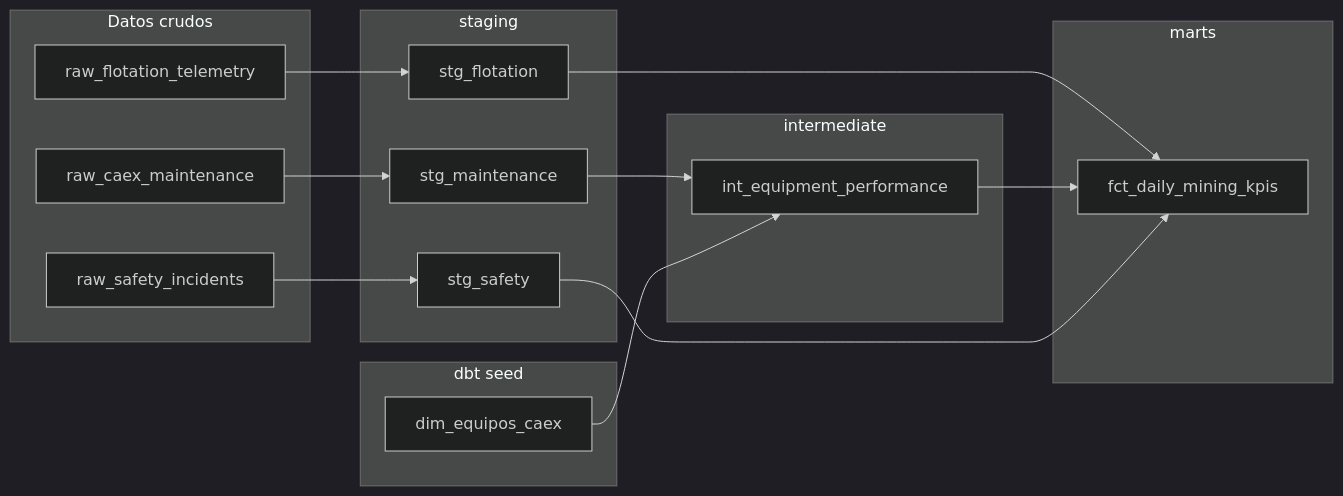
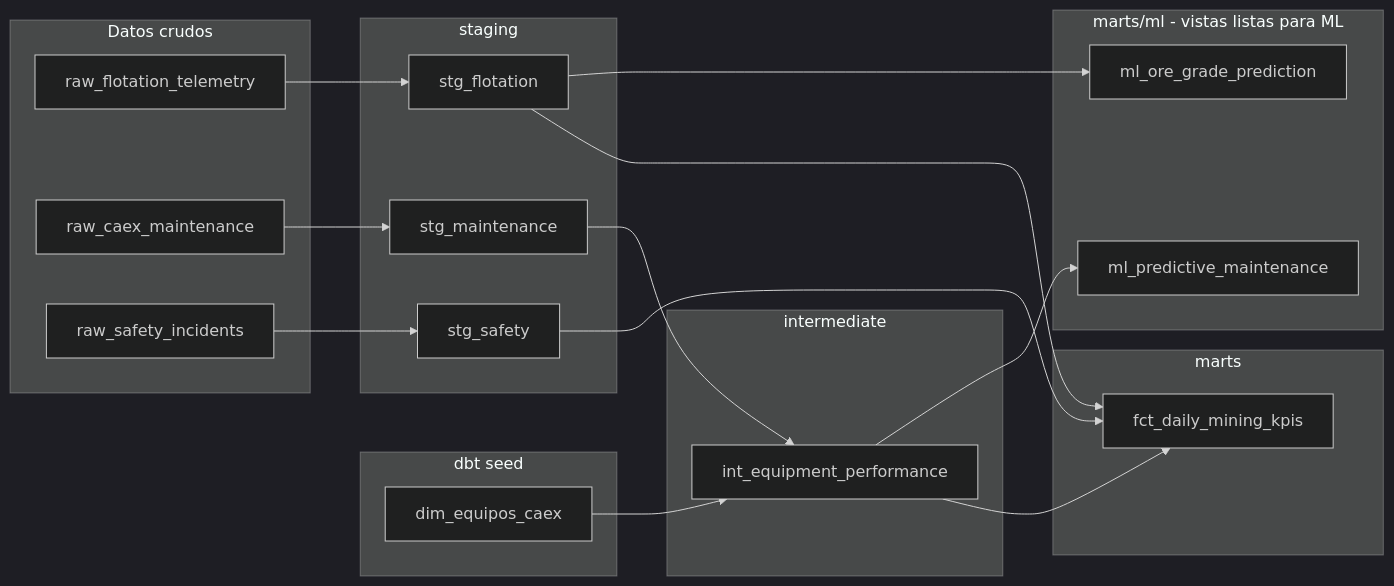
Before and after one commit to Rxyxs/data-warehouse-analitico-mineria-chile: the first of 4 diagrams in README.es.md, drawn with Mermaid (dark theme). The commit also changed other lines of this file and 14 other files, not shown here.

````diff
--- a/README.es.md
+++ b/README.es.md
@@ -40,31 +42,37 @@
 ```mermaid
 graph LR
     subgraph RAW[Datos crudos]
         R1[raw_flotation_telemetry]
         R2[raw_caex_maintenance]
         R3[raw_safety_incidents]
     end
     subgraph SEED[dbt seed]
         S0[dim_equipos_caex]
     end
     subgraph STG[staging]
         T1[stg_flotation]
         T2[stg_maintenance]
         T3[stg_safety]
     end
     subgraph INT[intermediate]
         I1[int_equipment_performance]
     end
     subgraph MART[marts]
         M1[fct_daily_mining_kpis]
     end
+    subgraph ML[marts/ml - vistas listas para ML]
+        ML1[ml_predictive_maintenance]
+        ML2[ml_ore_grade_prediction]
+    end
 
     R1 --> T1
     R2 --> T2
     R3 --> T3
     T2 --> I1
     S0 --> I1
     T1 --> M1
     I1 --> M1
     T3 --> M1
+    I1 --> ML1
+    T1 --> ML2
 ```
````
